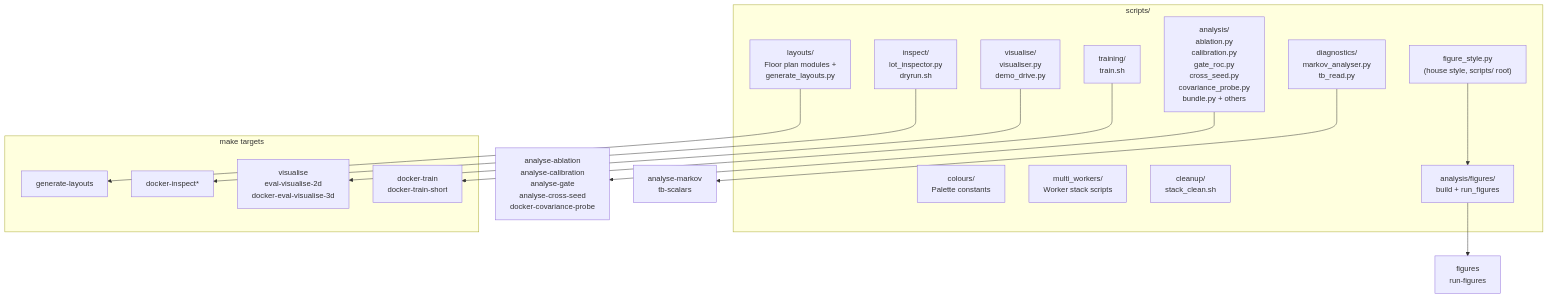
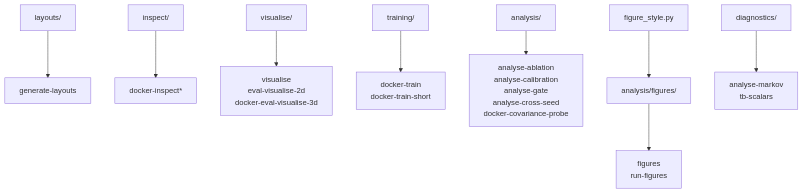
Before and after one commit to Expo39/Uncertainty-Conditioned-RL-with-Evidential-Policy-Networks-for-Autonomous-Systems: the diagram in scripts/README.md, drawn with Mermaid. The commit also changed 1 other file, not shown here.

Commit message:
docs(scripts): compact the directory map and drop the held-tier rationale (#31)

````diff
--- a/scripts/README.md
+++ b/scripts/README.md
@@ -35,36 +37,10 @@
 ```mermaid
 flowchart TB
-    subgraph scripts["scripts/"]
-        LAY["layouts/\nFloor plan modules +\ngenerate_layouts.py"]
-        INS["inspect/\nlot_inspector.py\ndryrun.sh"]
-        VIS["visualise/\nvisualiser.py\ndemo_drive.py"]
-        COL["colours/\nPalette constants"]
-        TRN["training/\ntrain.sh"]
-        MLT["multi_workers/\nWorker stack scripts"]
-        CLN["cleanup/\nstack_clean.sh"]
-        DIA["diagnostics/\nmarkov_analyser.py\ntb_read.py"]
-        EVL["analysis/\nablation.py\ncalibration.py\ngate_roc.py\ncross_seed.py\ncovariance_probe.py\nbundle.py + others"]
-        FIG["analysis/figures/\nbuild + run_figures"]
-        STY["figure_style.py\n(house style, scripts/ root)"]
-    end
-
-    subgraph make["make targets"]
-        GL["generate-layouts"]
-        DI["docker-inspect*"]
-        EV["visualise\neval-visualise-2d\ndocker-eval-visualise-3d"]
-        DT["docker-train\ndocker-train-short"]
-    end
-
-    AN["analyse-ablation\nanalyse-calibration\nanalyse-gate\nanalyse-cross-seed\ndocker-covariance-probe"]
-    FG["figures\nrun-figures"]
-    DG["analyse-markov\ntb-scalars"]
-
-    LAY --> GL
-    INS --> DI
-    VIS --> EV
-    TRN --> DT
-    EVL --> AN
-    FIG --> FG
-    STY --> FIG
-    DIA --> DG
+    LAY["layouts/"] --> GL["generate-layouts"]
+    INS["inspect/"] --> DI["docker-inspect*"]
+    VIS["visualise/"] --> EV["visualise<br>eval-visualise-2d<br>docker-eval-visualise-3d"]
+    TRN["training/"] --> DT["docker-train<br>docker-train-short"]
+    EVL["analysis/"] --> AN["analyse-ablation<br>analyse-calibration<br>analyse-gate<br>analyse-cross-seed<br>docker-covariance-probe"]
+    STY["figure_style.py"] --> FIG["analysis/figures/"] --> FG["figures<br>run-figures"]
+    DIA["diagnostics/"] --> DG["analyse-markov<br>tb-scalars"]
 ```
````
